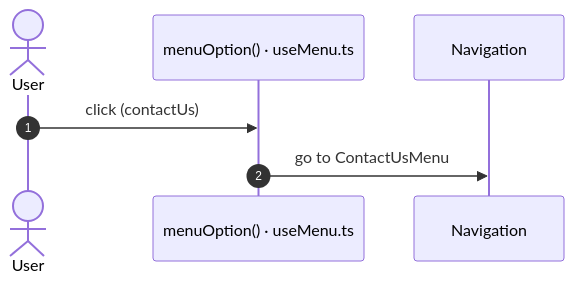
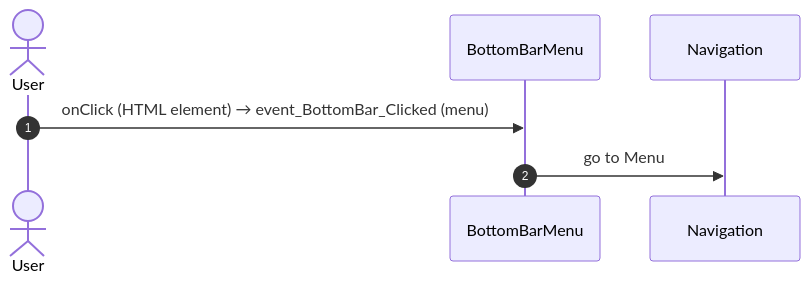
One commit to Phoenix-DX/connect-new-ui changed the sixth of 37 diagrams in migration/route-actions/Menu.md. Above: the diagram before and after it, drawn with Mermaid. The commit also changed other lines of this file and 9 other files, not shown here.

Commit message:
route actions: facts only; user actions as two independent lists (OutSystems view bindings, React JSX bindings) with Mermaid sequences; factual call columns (direct caller, chains, React references); app shell by definition (survey shell, main.tsx code); constants read for React paths

````diff
--- a/migration/route-actions/Menu.md
+++ b/migration/route-actions/Menu.md
@@ -211,9 +174,9 @@
 ```mermaid
 sequenceDiagram
   autonumber
   actor U as User
-  participant H as menuOption() · useMenu.ts
+  participant B as BottomBarMenu
   participant N as Navigation
-  U->>H: click (contactUs)
-  H->>N: go to ContactUsMenu
+  U->>B: onClick (HTML element) → event_BottomBar_Clicked (menu)
+  B->>N: go to Menu
 ```
````
